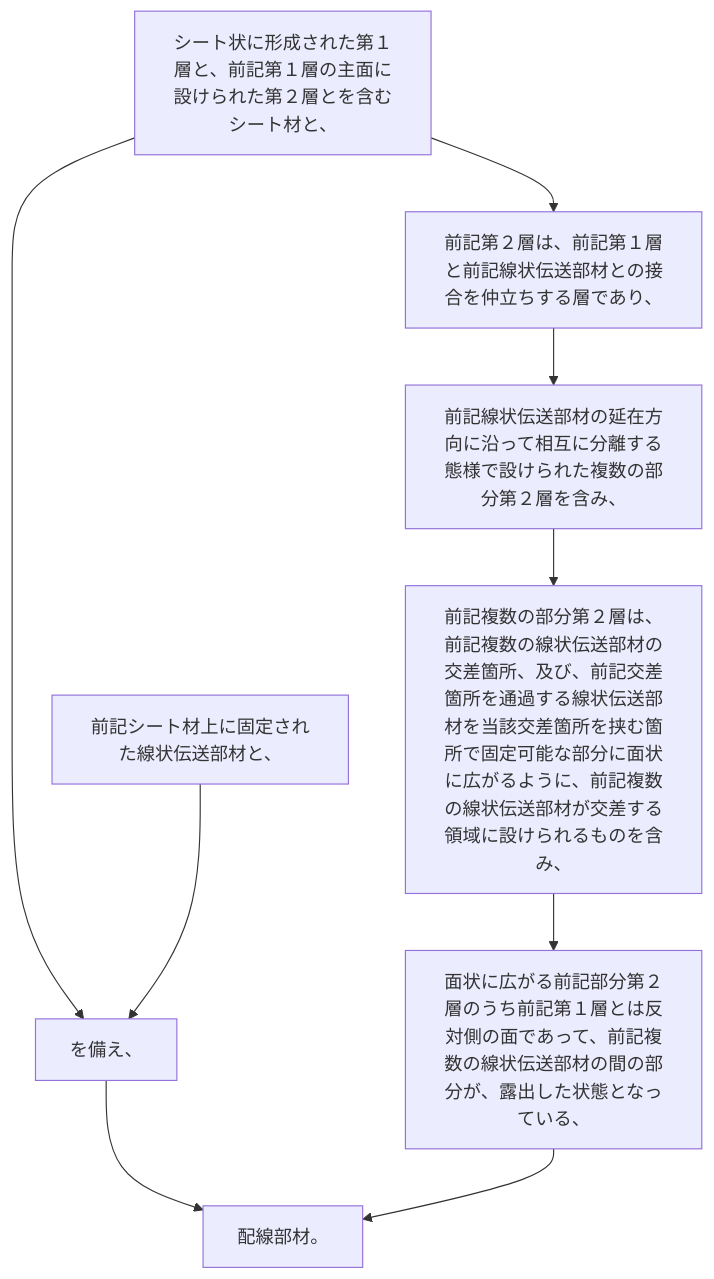
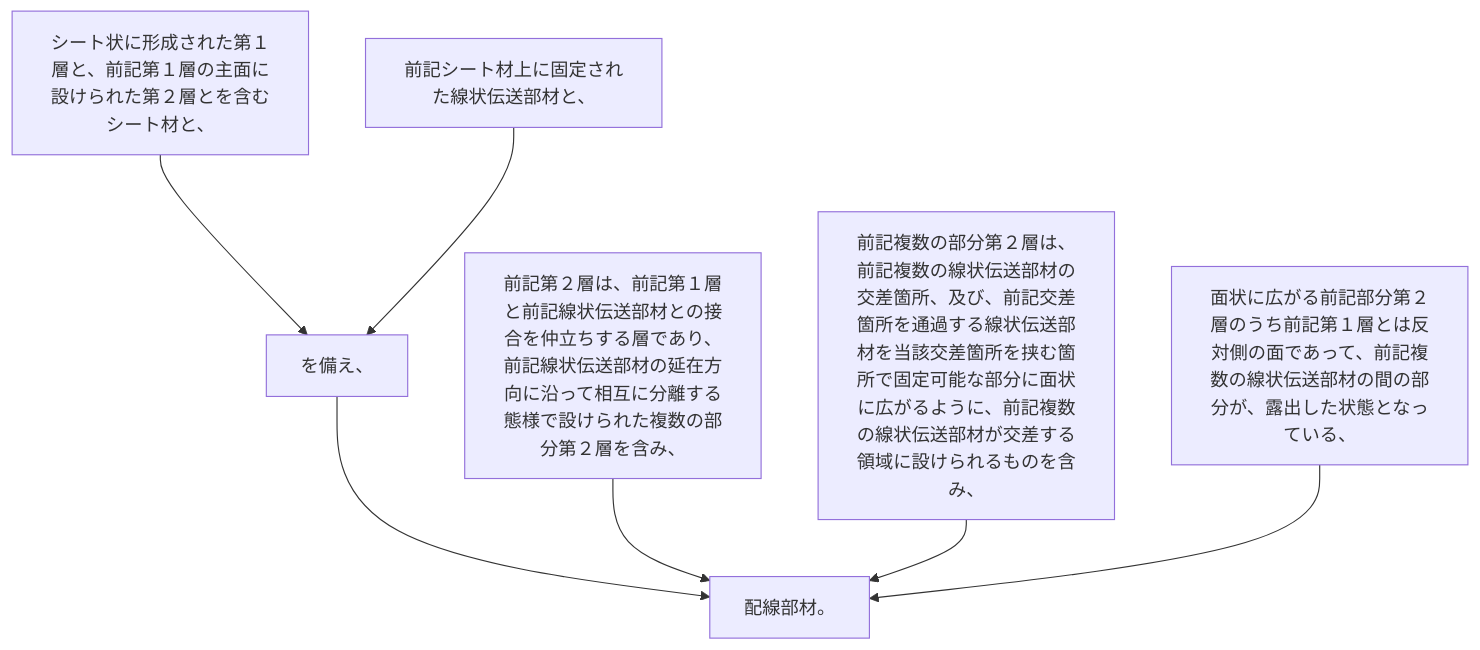
One commit to shinmori55/patent_analyzed changed the diagram in 2024/JP2024001238A/claim_4/claim_4_graph.md. Above: the diagram before and after it, drawn with Mermaid. The commit also changed 3332 other files, not shown here.

````diff
--- a/2024/JP2024001238A/claim_4/claim_4_graph.md
+++ b/2024/JP2024001238A/claim_4/claim_4_graph.md
@@ -1,21 +1,16 @@
 ```mermaid
 flowchart TD
 A[シート状に形成された第１層と、前記第１層の主面に設けられた第２層とを含むシート材と、]
 B[前記シート材上に固定された線状伝送部材と、]
 C[を備え、]
-D[前記第２層は、前記第１層と前記線状伝送部材との接合を仲立ちする層であり、]
-E[前記線状伝送部材の延在方向に沿って相互に分離する態様で設けられた複数の部分第２層を含み、]
-F[前記複数の部分第２層は、前記複数の線状伝送部材の交差箇所、及び、前記交差箇所を通過する線状伝送部材を当該交差箇所を挟む箇所で固定可能な部分に面状に広がるように、前記複数の線状伝送部材が交差する領域に設けられるものを含み、]
-G[面状に広がる前記部分第２層のうち前記第１層とは反対側の面であって、前記複数の線状伝送部材の間の部分が、露出した状態となっている、]
-H[配線部材。]
-
+D[前記第２層は、前記第１層と前記線状伝送部材との接合を仲立ちする層であり、前記線状伝送部材の延在方向に沿って相互に分離する態様で設けられた複数の部分第２層を含み、]
+E[前記複数の部分第２層は、前記複数の線状伝送部材の交差箇所、及び、前記交差箇所を通過する線状伝送部材を当該交差箇所を挟む箇所で固定可能な部分に面状に広がるように、前記複数の線状伝送部材が交差する領域に設けられるものを含み、]
+F[面状に広がる前記部分第２層のうち前記第１層とは反対側の面であって、前記複数の線状伝送部材の間の部分が、露出した状態となっている、]
+G[配線部材。]
 A --> C
 B --> C
-C --> H
-
-A --> D
-D --> E
-E --> F
+C --> G
+D --> G
+E --> G
 F --> G
-G --> H
 ```
````
